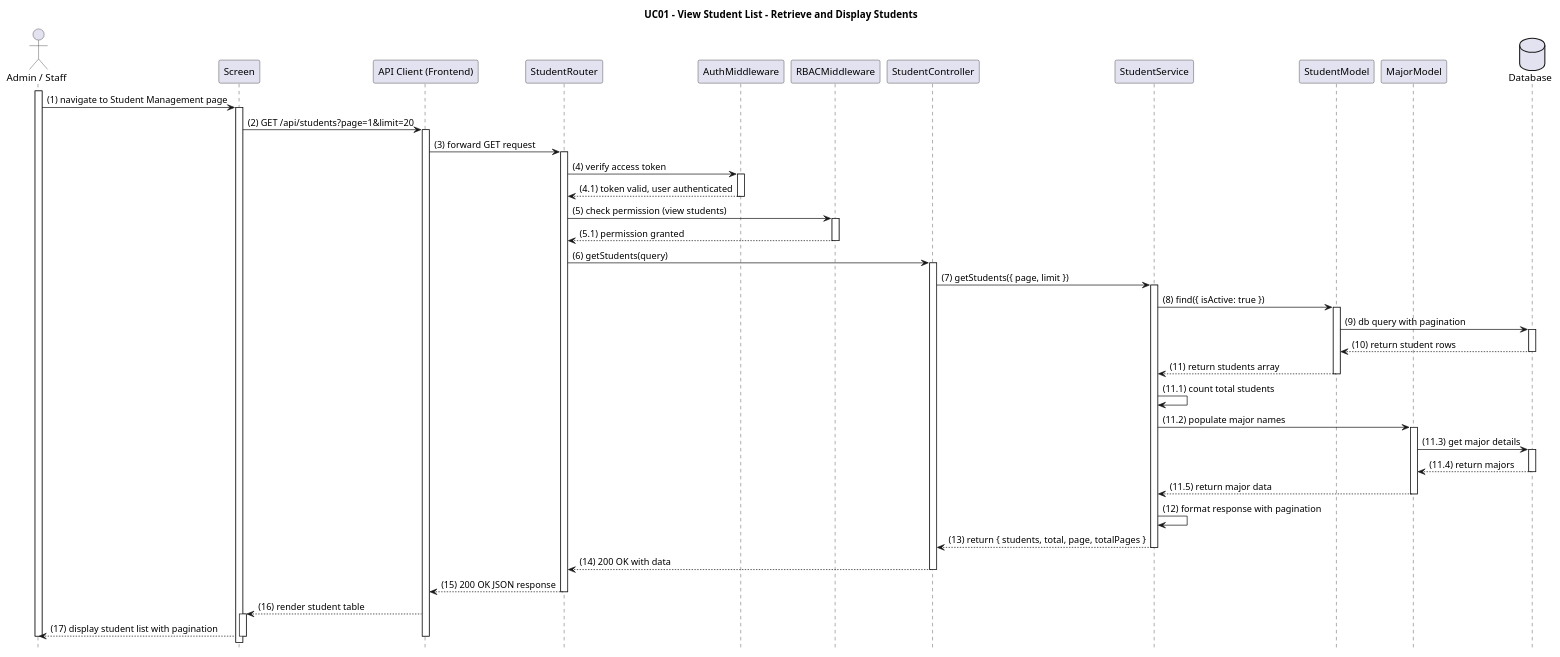
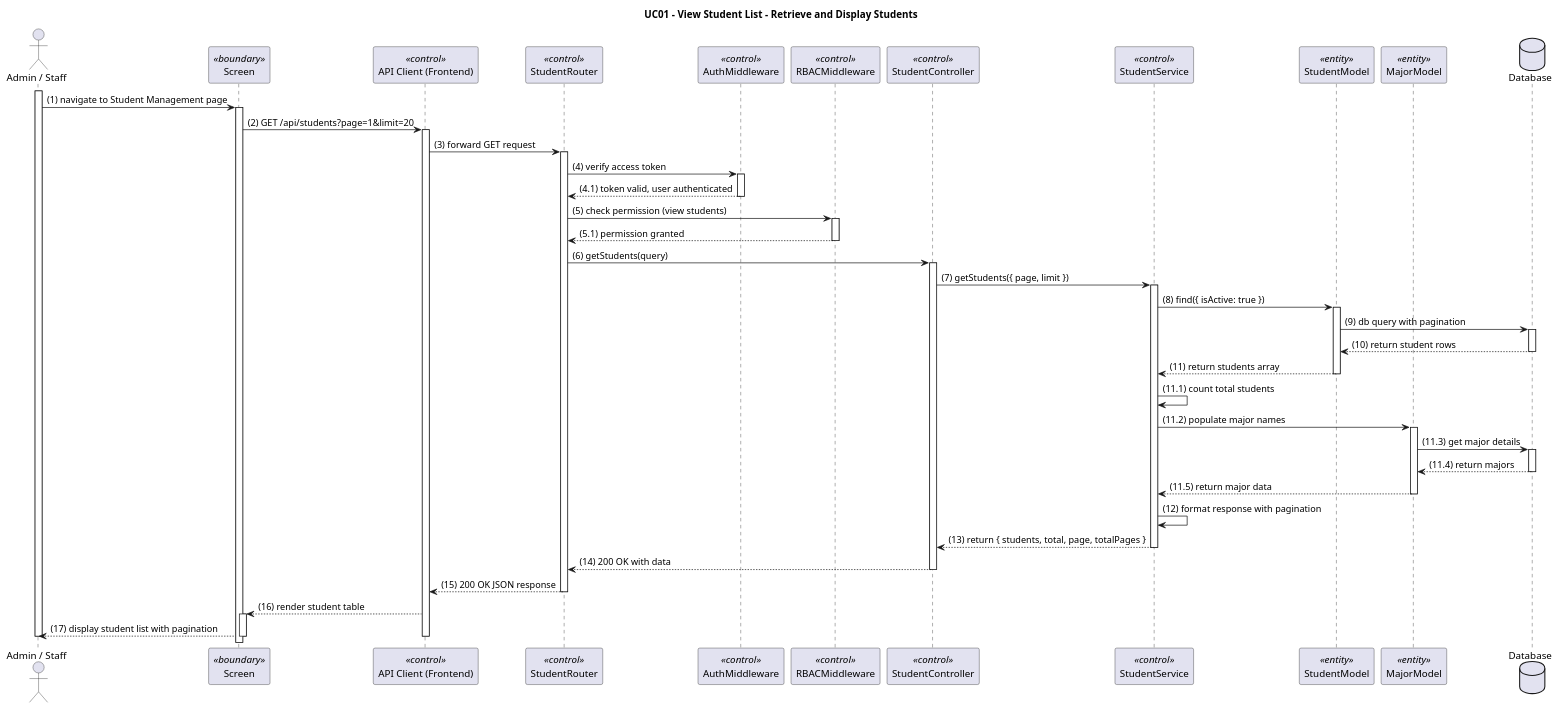
The diagram in backend-api/diagrams/UC01_View_Student_List.puml (oanhntkce181400-poon/WDP391_SE1808_Group02_SSMS), drawn with PlantUML before and after one commit. The commit also changed 38 other files, not shown here.

Commit message:
feat: stabilize enrollment, lecturer, and schedule flows

```diff
--- a/backend-api/diagrams/UC01_View_Student_List.puml
+++ b/backend-api/diagrams/UC01_View_Student_List.puml
@@ -1,76 +1,75 @@
 @startuml
 title UC01 - View Student List - Retrieve and Display Students
 
-hide footbox
-
-actor PrimaryActor as "Admin / Staff"
-participant Screen as "Screen"
-participant APIClient as "API Client (Frontend)"
-participant StudentRouter as "StudentRouter"
-participant AuthMiddleware as "AuthMiddleware"
-participant RBACMiddleware as "RBACMiddleware"
-participant StudentController as "StudentController"
-participant StudentService as "StudentService"
-participant StudentModel as "StudentModel"
-participant MajorModel as "MajorModel"
-database DB as "Database"
-
+skinparam participantStyle rectangle
+skinparam shadowing false
+actor "Admin / Staff" as PrimaryActor
+participant "Screen" as Screen <<boundary>>
+participant "API Client (Frontend)" as APIClient <<control>>
+participant "StudentRouter" as StudentRouter <<control>>
+participant "AuthMiddleware" as AuthMiddleware <<control>>
+participant "RBACMiddleware" as RBACMiddleware <<control>>
+participant "StudentController" as StudentController <<control>>
+participant "StudentService" as StudentService <<control>>
+participant "StudentModel" as StudentModel <<entity>>
+participant "MajorModel" as MajorModel <<entity>>
+database "Database" as DB
 activate PrimaryActor
 PrimaryActor -> Screen: (1) navigate to Student Management page
 activate Screen
 
 Screen -> APIClient: (2) GET /api/students?page=1&limit=20
 activate APIClient
 APIClient -> StudentRouter: (3) forward GET request
 activate StudentRouter
 
 StudentRouter -> AuthMiddleware: (4) verify access token
 activate AuthMiddleware
 AuthMiddleware --> StudentRouter: (4.1) token valid, user authenticated
 deactivate AuthMiddleware
 
 StudentRouter -> RBACMiddleware: (5) check permission (view students)
 activate RBACMiddleware
 RBACMiddleware --> StudentRouter: (5.1) permission granted
 deactivate RBACMiddleware
 
 StudentRouter -> StudentController: (6) getStudents(query)
 activate StudentController
 StudentController -> StudentService: (7) getStudents({ page, limit })
 activate StudentService
 
 StudentService -> StudentModel: (8) find({ isActive: true })
 activate StudentModel
 StudentModel -> DB: (9) db query with pagination
 activate DB
 DB --> StudentModel: (10) return student rows
 deactivate DB
 StudentModel --> StudentService: (11) return students array
 deactivate StudentModel
 
 StudentService -> StudentService: (11.1) count total students
 StudentService -> MajorModel: (11.2) populate major names
 activate MajorModel
 MajorModel -> DB: (11.3) get major details
 activate DB
 DB --> MajorModel: (11.4) return majors
 deactivate DB
 MajorModel --> StudentService: (11.5) return major data
 deactivate MajorModel
 
 StudentService -> StudentService: (12) format response with pagination
 StudentService --> StudentController: (13) return { students, total, page, totalPages }
 deactivate StudentService
 
 StudentController --> StudentRouter: (14) 200 OK with data
 deactivate StudentController
 StudentRouter --> APIClient: (15) 200 OK JSON response
 deactivate StudentRouter
 APIClient --> Screen: (16) render student table
 activate Screen
 Screen --> PrimaryActor: (17) display student list with pagination
 deactivate Screen
 deactivate APIClient
 deactivate PrimaryActor
 
 @enduml
```
